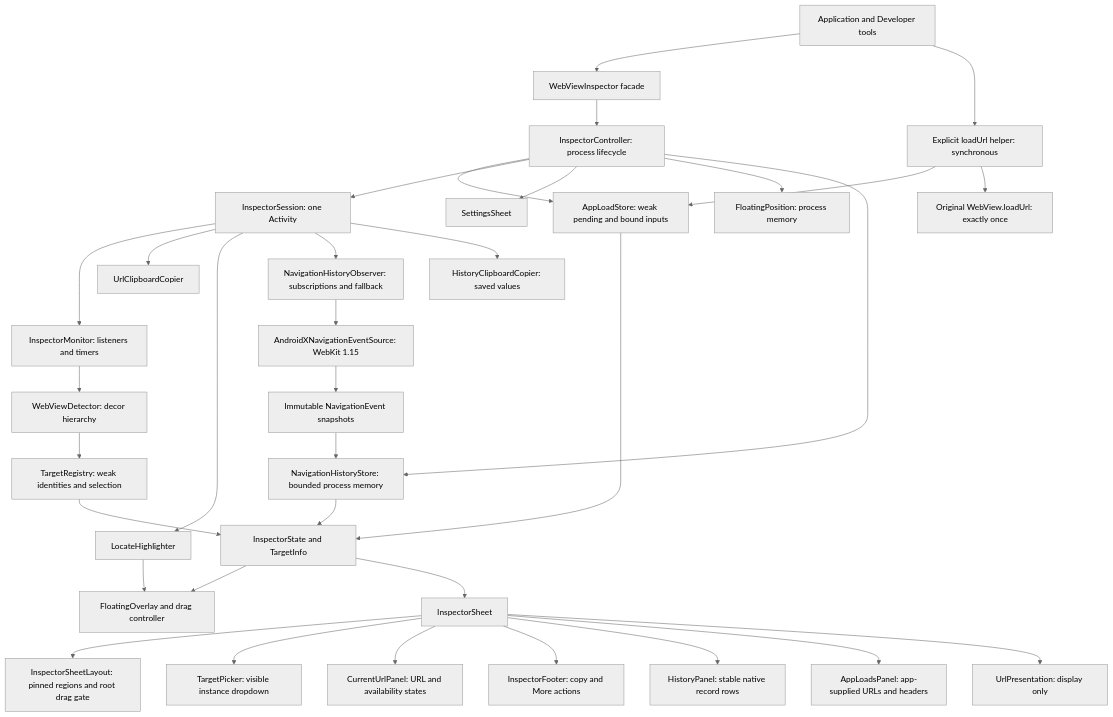
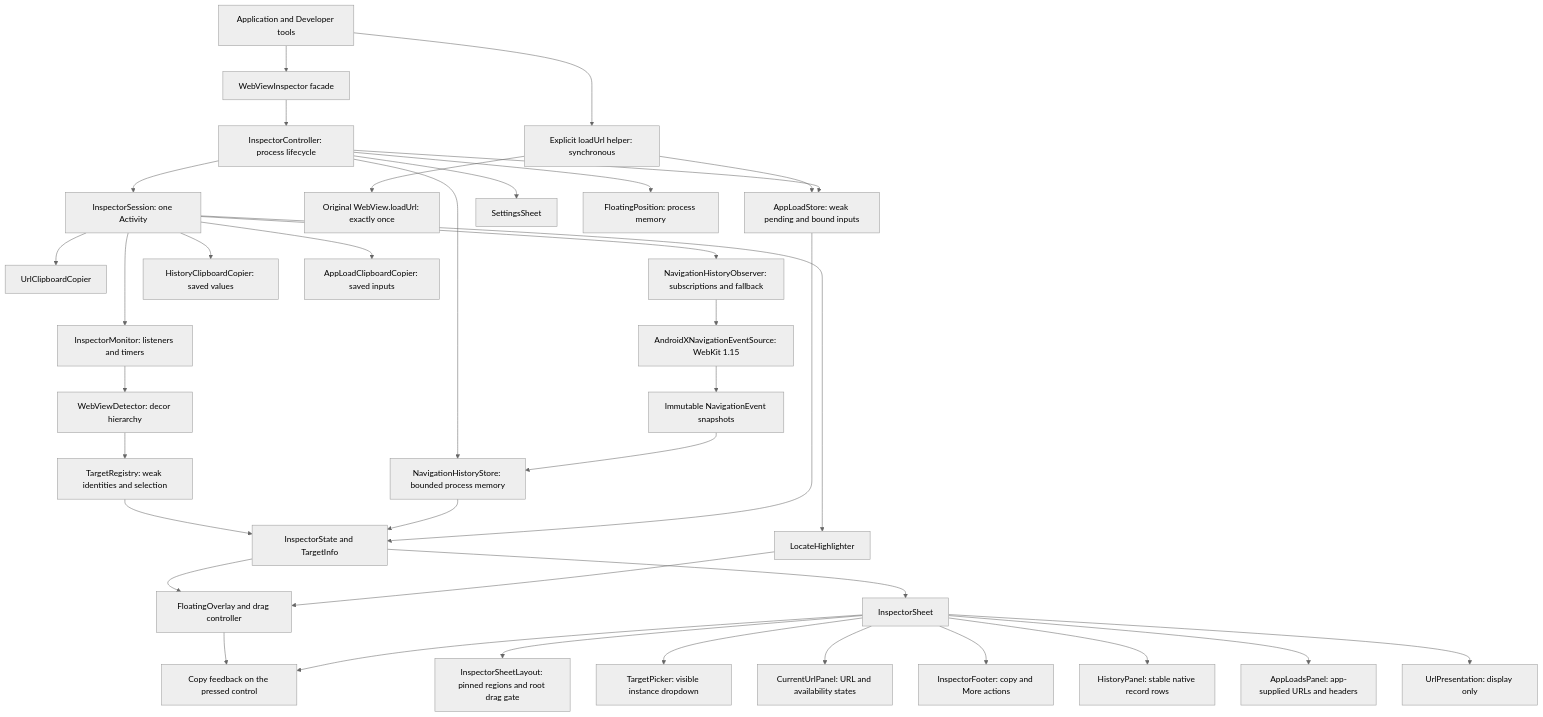
One commit to chinmaydash007/WebViewInspector changed the first of 5 diagrams in webview-inspector/docs/ARCHITECTURE.md. Above: the diagram before and after it, drawn with Mermaid (neutral theme). The commit also changed other lines of this file and 22 other files, not shown here.

````diff
--- a/webview-inspector/docs/ARCHITECTURE.md
+++ b/webview-inspector/docs/ARCHITECTURE.md
@@ -7,36 +7,39 @@
 ```mermaid
 flowchart TD
     App["Application and Developer tools"] --> API["WebViewInspector facade"]
     API --> Controller["InspectorController: process lifecycle"]
     App --> LoadHelper["Explicit loadUrl helper: synchronous"]
     LoadHelper --> CaptureStore["AppLoadStore: weak pending and bound inputs"]
     LoadHelper --> WebView["Original WebView.loadUrl: exactly once"]
     Controller --> CaptureStore
     Controller --> Session["InspectorSession: one Activity"]
     Controller --> Settings["SettingsSheet"]
     Controller --> Position["FloatingPosition: process memory"]
     Controller --> HistoryStore["NavigationHistoryStore: bounded process memory"]
     Session --> Monitor["InspectorMonitor: listeners and timers"]
     Monitor --> Detector["WebViewDetector: decor hierarchy"]
     Detector --> Registry["TargetRegistry: weak identities and selection"]
     Registry --> Snapshot["InspectorState and TargetInfo"]
     Snapshot --> Floating["FloatingOverlay and drag controller"]
     Snapshot --> Sheet["InspectorSheet"]
     Session --> Copier["UrlClipboardCopier"]
     Session --> Locate["LocateHighlighter"]
     Session --> Observer["NavigationHistoryObserver: subscriptions and fallback"]
     Observer --> Adapter["AndroidXNavigationEventSource: WebKit 1.15"]
     Adapter --> Events["Immutable NavigationEvent snapshots"]
     Events --> HistoryStore
     HistoryStore --> Snapshot
     Sheet --> Layout["InspectorSheetLayout: pinned regions and root drag gate"]
     Sheet --> Picker["TargetPicker: visible instance dropdown"]
     Sheet --> Current["CurrentUrlPanel: URL and availability states"]
     Sheet --> Footer["InspectorFooter: copy and More actions"]
     Sheet --> HistoryPanel["HistoryPanel: stable native record rows"]
     CaptureStore --> Snapshot
     Sheet --> LoadsPanel["AppLoadsPanel: app-supplied URLs and headers"]
     Session --> HistoryCopy["HistoryClipboardCopier: saved values"]
+    Session --> AppLoadCopy["AppLoadClipboardCopier: saved inputs"]
+    Floating --> CopyFeedback["Copy feedback on the pressed control"]
+    Sheet --> CopyFeedback
     Locate --> Floating
     Sheet --> Presentation["UrlPresentation: display only"]
 ```
````
